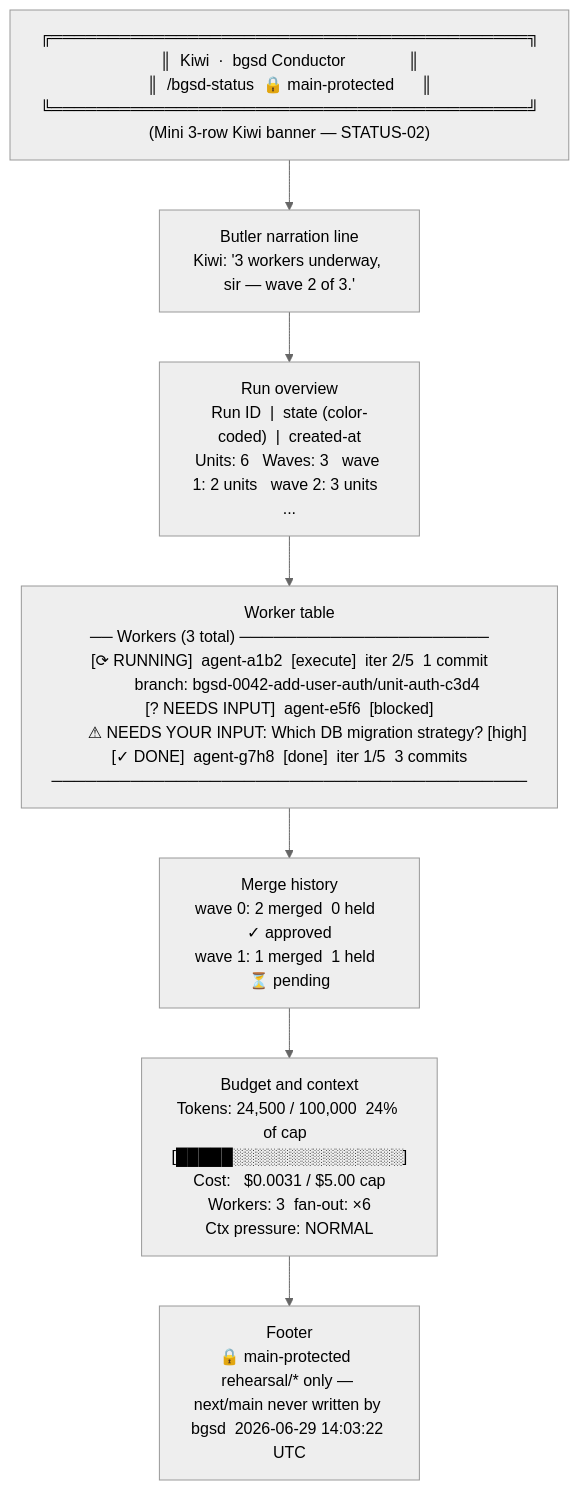
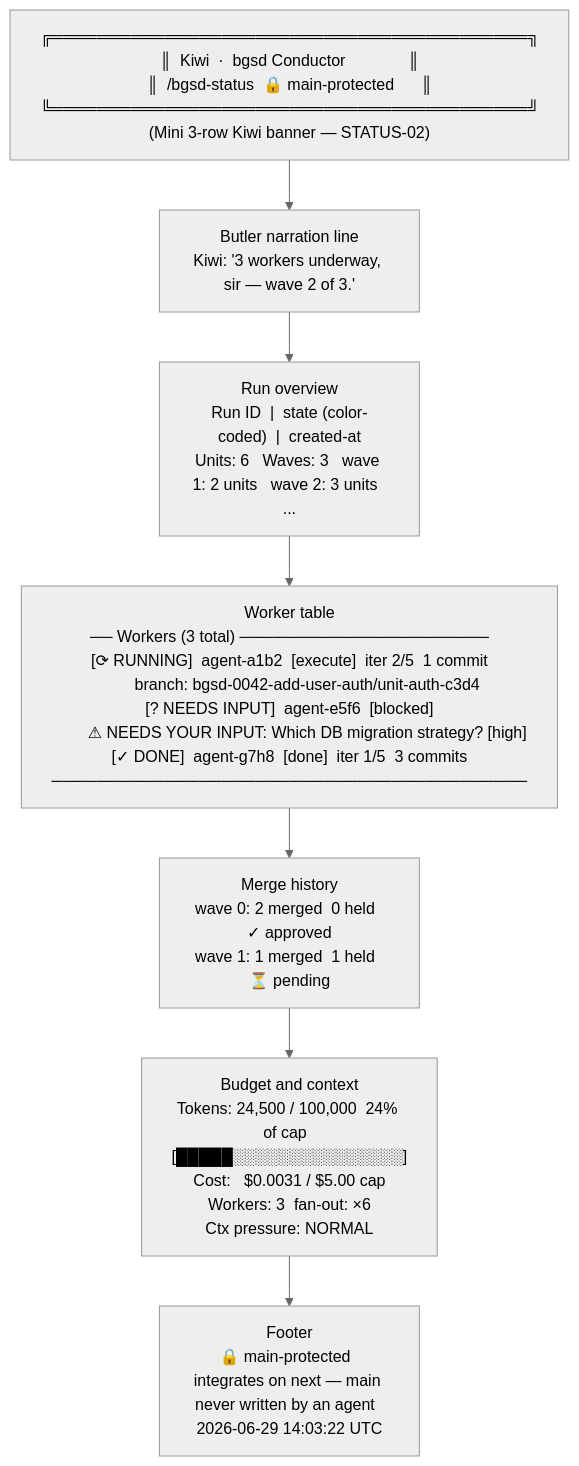
One commit to filippo-fonseca/better-gsd changed the diagram in bgsd/docs/bgsd-status.mdx. Above: the diagram before and after it, drawn with Mermaid (neutral theme). The commit also changed other lines of this file, not shown here.

First line of the commit message:
docs(bgsd): update status view footer/narration for the next topology

````diff
--- a/bgsd/docs/bgsd-status.mdx
+++ b/bgsd/docs/bgsd-status.mdx
@@ -14,11 +14,11 @@
 ```mermaid
 flowchart TD
     A["╔══════════════════════════════════════════╗\n║  Kiwi  ·  bgsd Conductor              ║\n║  /bgsd-status  🔒 main-protected      ║\n╚══════════════════════════════════════════╝\n(Mini 3-row Kiwi banner — STATUS-02)"]
 
     A --> B["Butler narration line\nKiwi: '3 workers underway, sir — wave 2 of 3.'"]
     B --> C["Run overview\nRun ID  |  state (color-coded)  |  created-at\nUnits: 6   Waves: 3   wave 1: 2 units   wave 2: 3 units  ..."]
     C --> D["Worker table\n── Workers (3 total) ──────────────────────\n[⟳ RUNNING]  agent-a1b2  [execute]  iter 2/5  1 commit\n        branch: bgsd-0042-add-user-auth/unit-auth-c3d4\n[? NEEDS INPUT]  agent-e5f6  [blocked]\n        ⚠ NEEDS YOUR INPUT: Which DB migration strategy? [high]\n[✓ DONE]  agent-g7h8  [done]  iter 1/5  3 commits\n──────────────────────────────────────────"]
     D --> E["Merge history\nwave 0: 2 merged  0 held  ✓ approved\nwave 1: 1 merged  1 held  ⏳ pending"]
     E --> F["Budget and context\nTokens: 24,500 / 100,000  24% of cap  [█████░░░░░░░░░░░░░░░]\nCost:   $0.0031 / $5.00 cap\nWorkers: 3  fan-out: ×6\nCtx pressure: NORMAL"]
-    F --> G["Footer\n🔒 main-protected  rehearsal/* only — next/main never written by bgsd  2026-06-29 14:03:22 UTC"]
+    F --> G["Footer\n🔒 main-protected  integrates on next — main never written by an agent  2026-06-29 14:03:22 UTC"]
 ```
````
